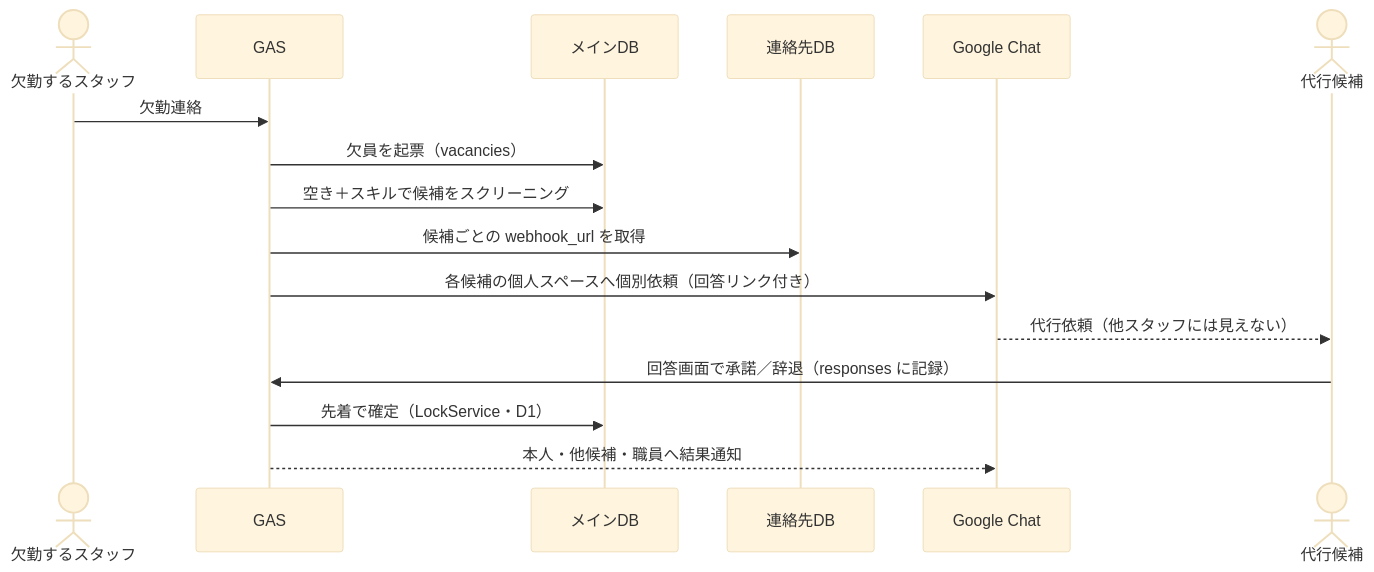
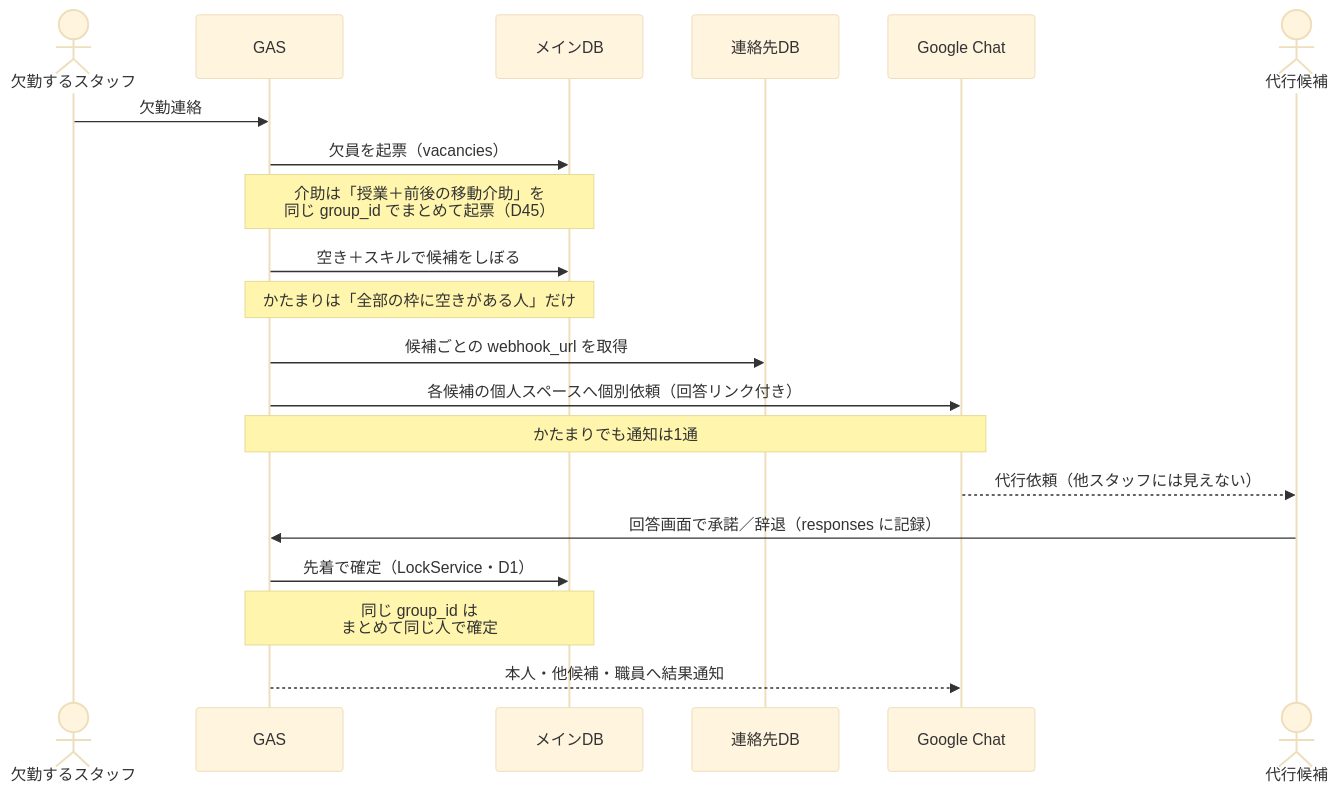
The third of 3 diagrams in docs/spec/architecture.md (Nakano-official/takeover), drawn with Mermaid (base theme) before and after one commit. The commit also changed other lines of this file, not shown here.

First line of the commit message:
docs(architecture): ER図を「関係の図＋列の表」に分け、通知フローに D45 を足す

````diff
--- a/docs/spec/architecture.md
+++ b/docs/spec/architecture.md
@@ -346,19 +368,23 @@
 ```mermaid
 sequenceDiagram
     actor A as 欠勤するスタッフ
     participant App as GAS
     participant Main as メインDB
     participant Cont as 連絡先DB
     participant Chat as Google Chat
     actor C as 代行候補
 
     A->>App: 欠勤連絡
     App->>Main: 欠員を起票（vacancies）
-    App->>Main: 空き＋スキルで候補をスクリーニング
+    Note over App,Main: 介助は「授業＋前後の移動介助」を<br/>同じ group_id でまとめて起票（D45）
+    App->>Main: 空き＋スキルで候補をしぼる
+    Note over App,Main: かたまりは「全部の枠に空きがある人」だけ
     App->>Cont: 候補ごとの webhook_url を取得
     App->>Chat: 各候補の個人スペースへ個別依頼（回答リンク付き）
+    Note over App,Chat: かたまりでも通知は1通
     Chat-->>C: 代行依頼（他スタッフには見えない）
     C->>App: 回答画面で承諾／辞退（responses に記録）
     App->>Main: 先着で確定（LockService・D1）
+    Note over App,Main: 同じ group_id は<br/>まとめて同じ人で確定
     App-->>Chat: 本人・他候補・職員へ結果通知
 ```
````
